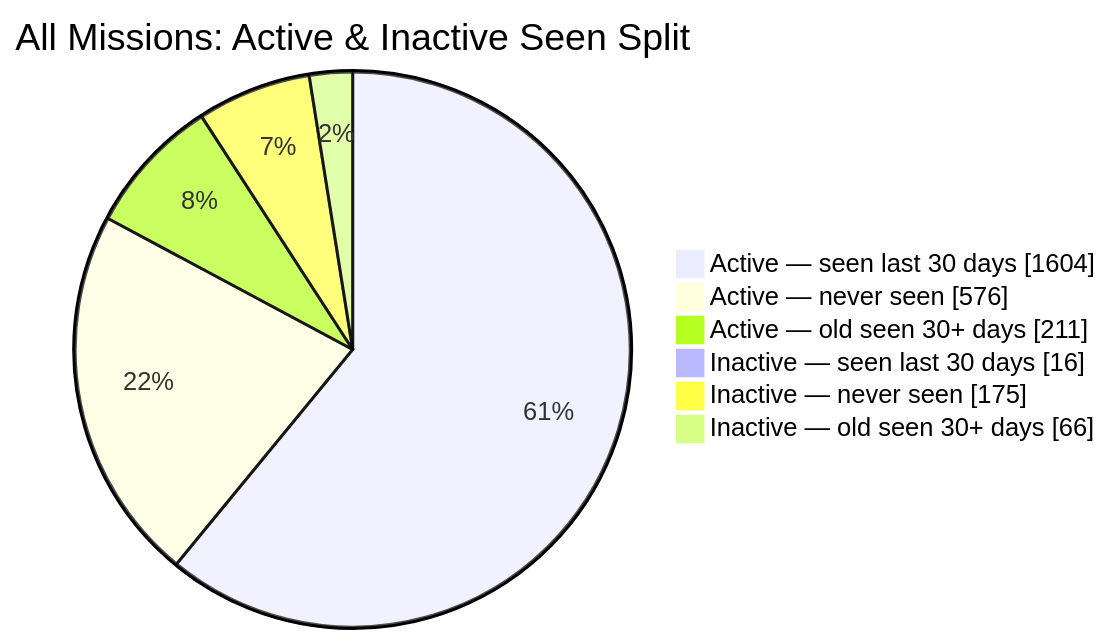
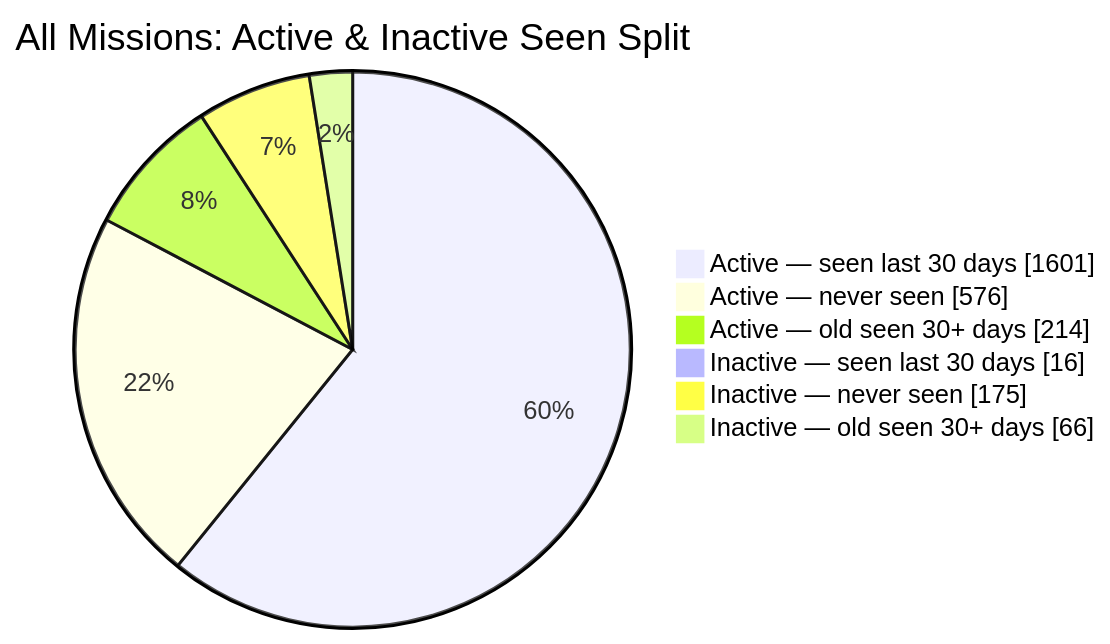
The second of 2 diagrams in README.md (MeldkamerspelGameTeam/active-missions), drawn with Mermaid before and after one commit. The commit also changed other lines of this file and 3 other files, not shown here.

````diff
--- a/README.md
+++ b/README.md
@@ -44,10 +44,10 @@
 ```mermaid
 pie showData
     title All Missions: Active & Inactive Seen Split
-    "Active — seen last 30 days" : 1604
+    "Active — seen last 30 days" : 1601
     "Active — never seen" : 576
-    "Active — old seen 30+ days" : 211
+    "Active — old seen 30+ days" : 214
     "Inactive — seen last 30 days" : 16
     "Inactive — never seen" : 175
     "Inactive — old seen 30+ days" : 66
 ```
````
